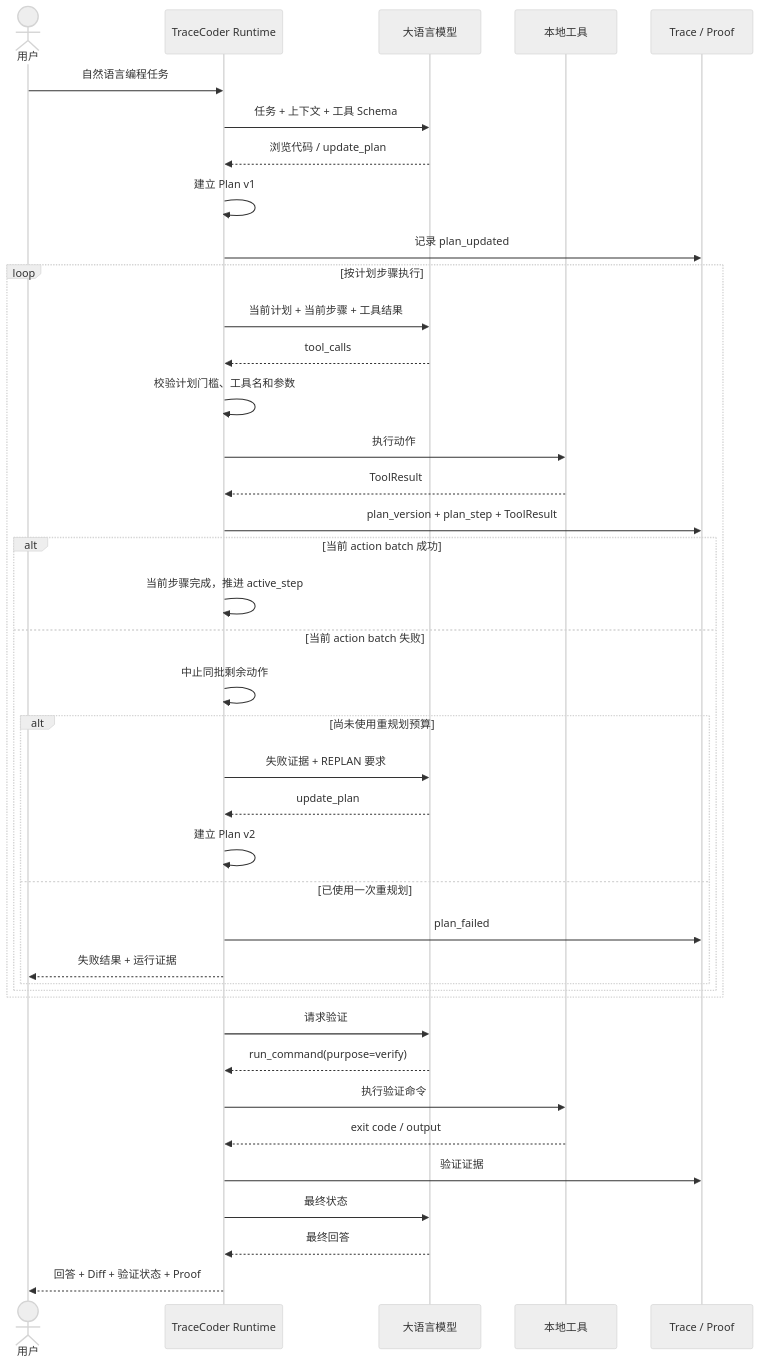
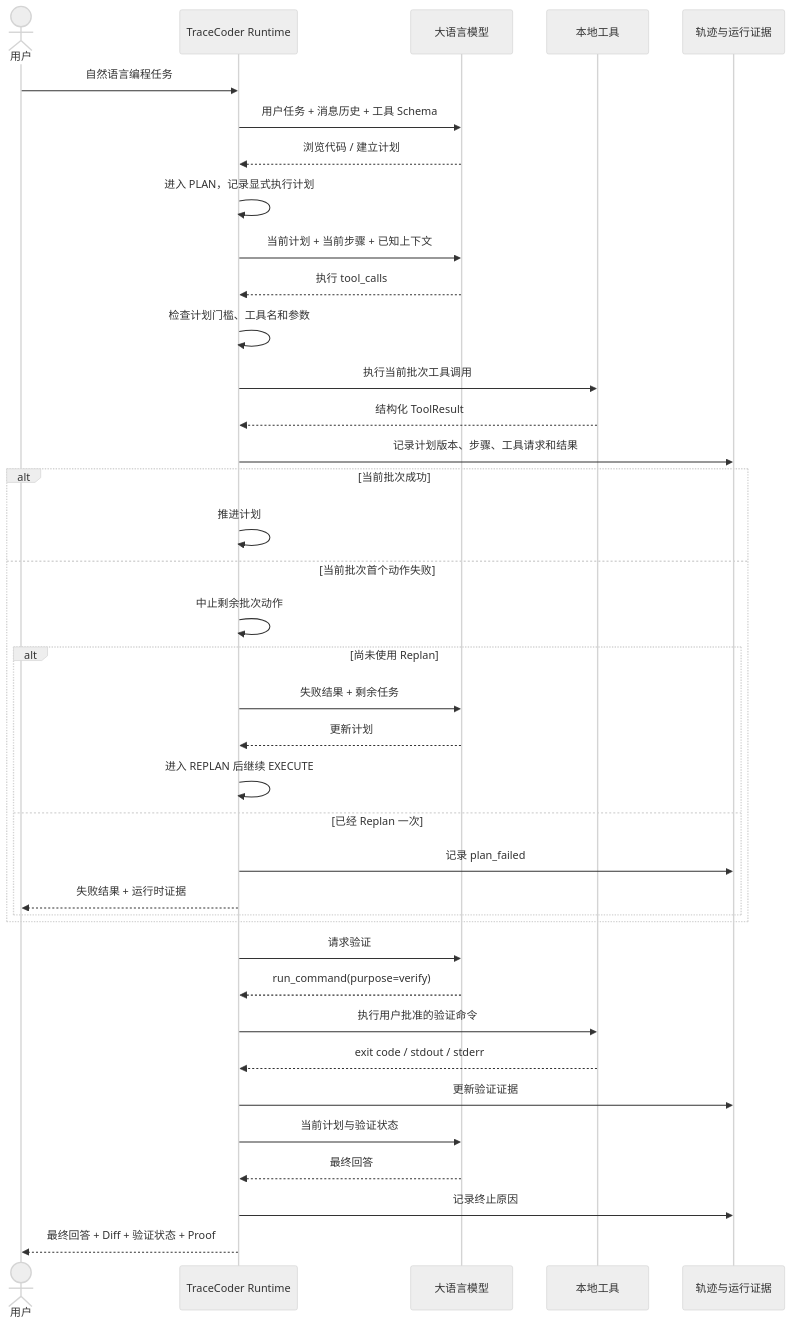
Before and after one commit to fanyuezuishuai/CodingAgent: the second of 2 diagrams in README.md, drawn with Mermaid (neutral theme). The commit also changed other lines of this file, not shown here.

````diff
--- a/README.md
+++ b/README.md
@@ -102,49 +264,49 @@
 ```mermaid
 sequenceDiagram
     actor U as 用户
     participant A as TraceCoder Runtime
     participant M as 大语言模型
     participant T as 本地工具
-    participant R as Trace / Proof
+    participant R as 轨迹与运行证据
 
     U->>A: 自然语言编程任务
 
-    A->>M: 任务 + 上下文 + 工具 Schema
-    M-->>A: 浏览代码 / update_plan
+    A->>M: 用户任务 + 消息历史 + 工具 Schema
+    M-->>A: 浏览代码 / 建立计划
+    A->>A: 进入 PLAN，记录显式执行计划
 
-    A->>A: 建立 Plan v1
-    A->>R: 记录 plan_updated
+    A->>M: 当前计划 + 当前步骤 + 已知上下文
+    M-->>A: 执行 tool_calls
 
-    loop 按计划步骤执行
-        A->>M: 当前计划 + 当前步骤 + 工具结果
-        M-->>A: tool_calls
-        A->>A: 校验计划门槛、工具名和参数
-        A->>T: 执行动作
-        T-->>A: ToolResult
-        A->>R: plan_version + plan_step + ToolResult
+    A->>A: 检查计划门槛、工具名和参数
+    A->>T: 执行当前批次工具调用
+    T-->>A: 结构化 ToolResult
+    A->>R: 记录计划版本、步骤、工具请求和结果
 
-        alt 当前 action batch 成功
-            A->>A: 当前步骤完成，推进 active_step
-        else 当前 action batch 失败
-            A->>A: 中止同批剩余动作
-            alt 尚未使用重规划预算
-                A->>M: 失败证据 + REPLAN 要求
-                M-->>A: update_plan
-                A->>A: 建立 Plan v2
-            else 已使用一次重规划
-                A->>R: plan_failed
-                A-->>U: 失败结果 + 运行证据
-            end
+    alt 当前批次成功
+        A->>A: 推进计划
+    else 当前批次首个动作失败
+        A->>A: 中止剩余批次动作
+
+        alt 尚未使用 Replan
+            A->>M: 失败结果 + 剩余任务
+            M-->>A: 更新计划
+            A->>A: 进入 REPLAN 后继续 EXECUTE
+        else 已经 Replan 一次
+            A->>R: 记录 plan_failed
+            A-->>U: 失败结果 + 运行时证据
         end
     end
 
     A->>M: 请求验证
     M-->>A: run_command(purpose=verify)
-    A->>T: 执行验证命令
-    T-->>A: exit code / output
-    A->>R: 验证证据
+    A->>T: 执行用户批准的验证命令
+    T-->>A: exit code / stdout / stderr
+    A->>R: 更新验证证据
 
-    A->>M: 最终状态
+    A->>M: 当前计划与验证状态
     M-->>A: 最终回答
-    A-->>U: 回答 + Diff + 验证状态 + Proof
+
+    A->>R: 记录终止原因
+    A-->>U: 最终回答 + Diff + 验证状态 + Proof
 ```
````
